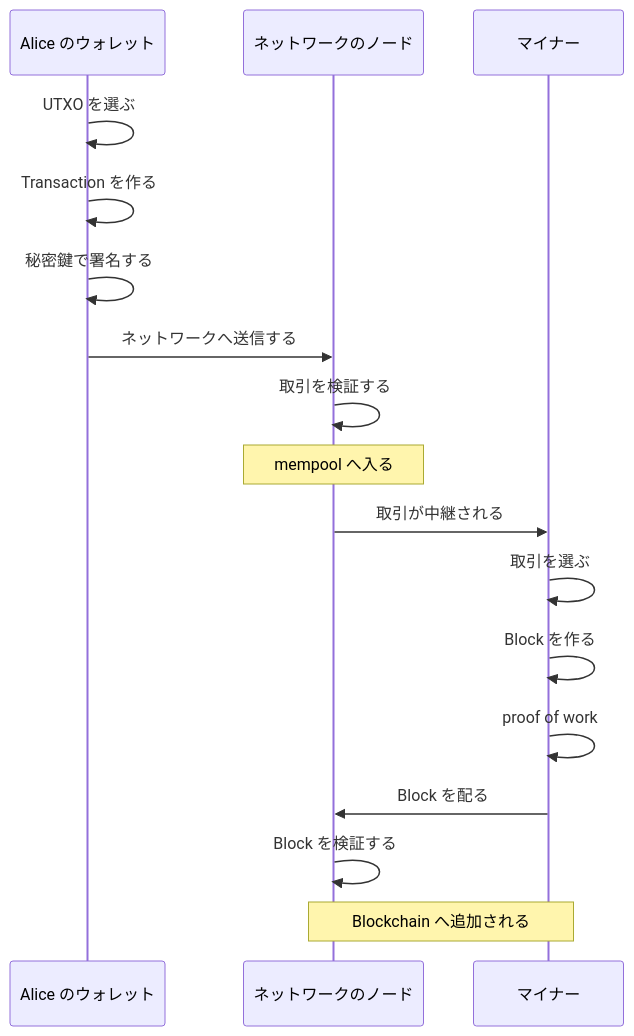
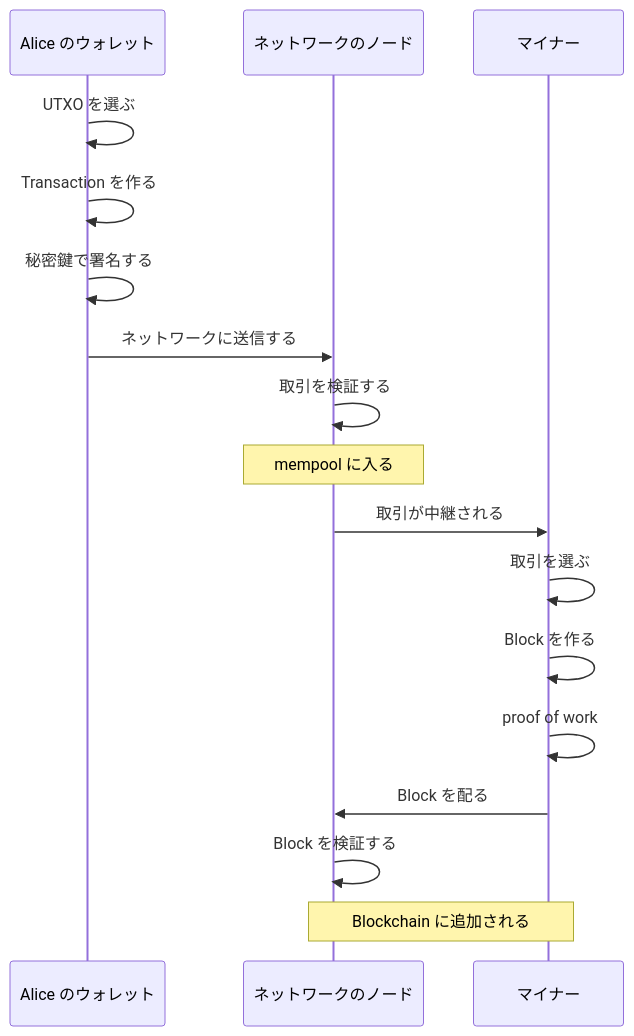
The first of 6 diagrams in content/notes/blockchain-systems/bitcoin-transaction-lifecycle/index.md (nao1215/debimate), drawn with Mermaid before and after one commit. The commit also changed other lines of this file and 46 other files, not shown here.

````diff
--- a/content/notes/blockchain-systems/bitcoin-transaction-lifecycle/index.md
+++ b/content/notes/blockchain-systems/bitcoin-transaction-lifecycle/index.md
@@ -18,19 +18,19 @@
 ```mermaid
 sequenceDiagram
     participant W as Alice のウォレット
     participant N as ネットワークのノード
     participant M as マイナー
     W->>W: UTXO を選ぶ
     W->>W: Transaction を作る
     W->>W: 秘密鍵で署名する
-    W->>N: ネットワークへ送信する
+    W->>N: ネットワークに送信する
     N->>N: 取引を検証する
-    Note over N: mempool へ入る
+    Note over N: mempool に入る
     N->>M: 取引が中継される
     M->>M: 取引を選ぶ
     M->>M: Block を作る
     M->>M: proof of work
     M->>N: Block を配る
     N->>N: Block を検証する
-    Note over N,M: Blockchain へ追加される
+    Note over N,M: Blockchain に追加される
 ```
````
